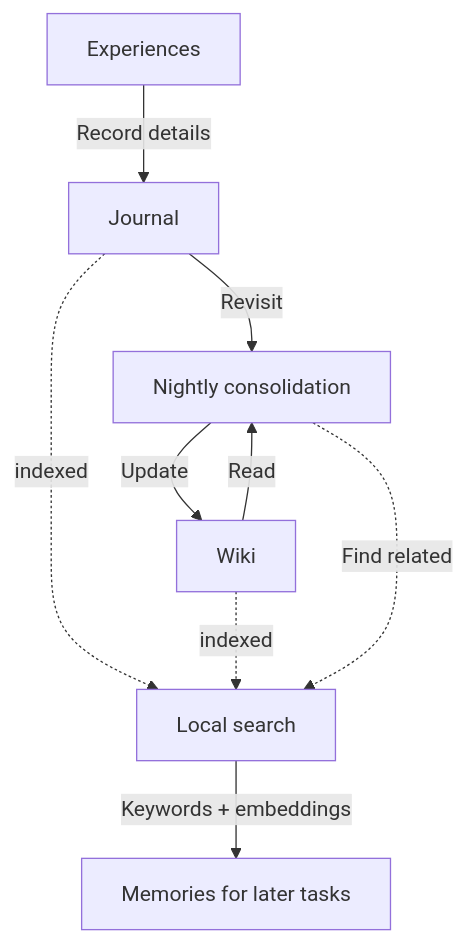
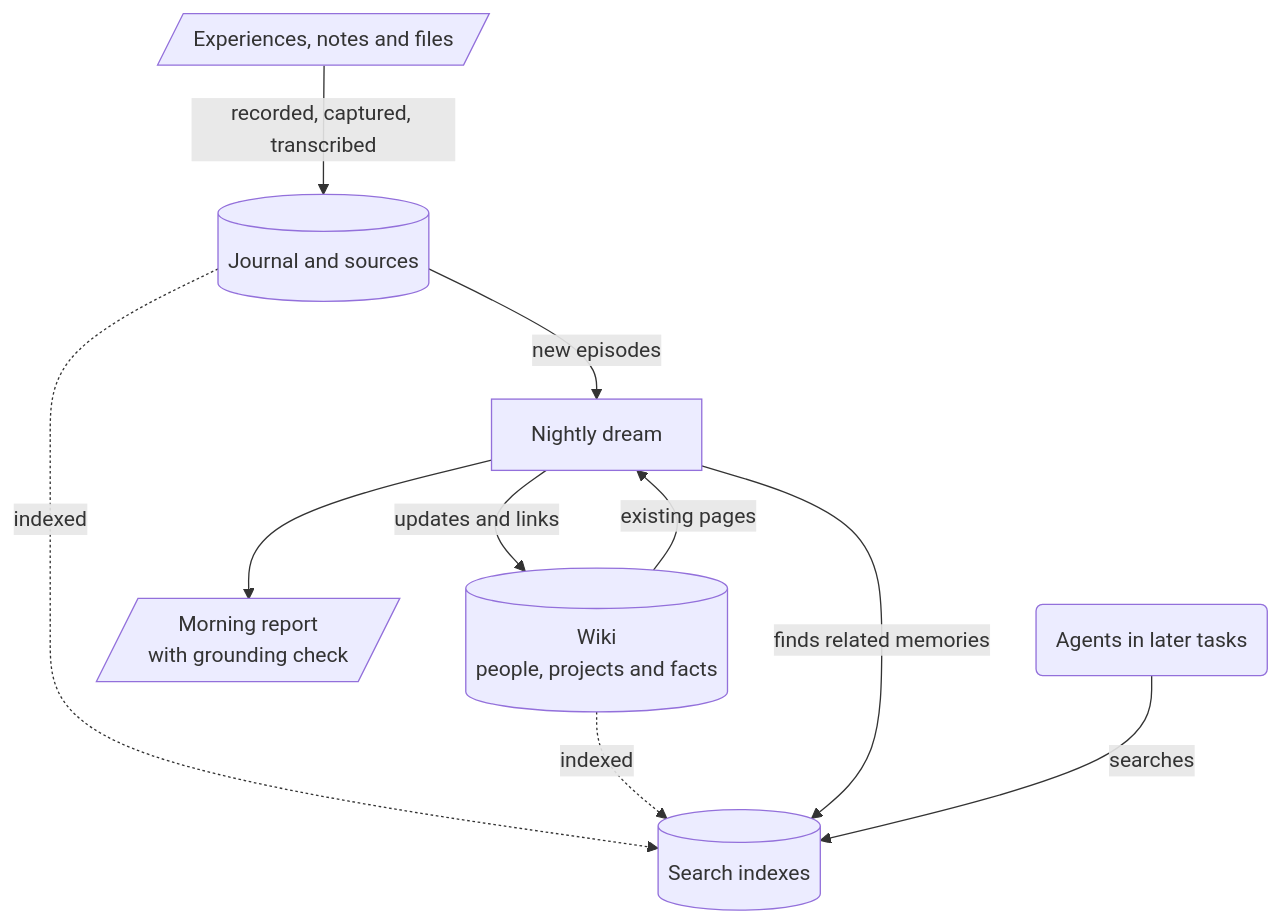
The diagram in content/pieces/a-second-brain-for-my-ai-agents/memory-lifecycle.mmd (danilop/danilop-personal-page), drawn with Mermaid before and after one commit. The commit also changed 30 other files, not shown here.

```diff
--- a/content/pieces/a-second-brain-for-my-ai-agents/memory-lifecycle.mmd
+++ b/content/pieces/a-second-brain-for-my-ai-agents/memory-lifecycle.mmd
@@ -1,15 +1,17 @@
 flowchart TB
-  experiences["Experiences"]
-  journal["Journal"]
-  dreams["Nightly consolidation"]
-  wiki["Wiki"]
-  search["Local search"]
-  recall["Memories for later tasks"]
-  experiences -->|"Record details"| journal
-  journal -->|"Revisit"| dreams
-  wiki -->|"Read"| dreams
-  dreams -->|"Update"| wiki
-  journal -. indexed .-> search
-  wiki -. indexed .-> search
-  dreams -. "Find related" .-> search
-  search -->|"Keywords + embeddings"| recall
+  incoming[/"Experiences, notes and files"/]
+  journal[("Journal and sources")]
+  wiki[("Wiki<br/>people, projects and facts")]
+  dream["Nightly dream"]
+  report[/"Morning report<br/>with grounding check"/]
+  index[("Search indexes")]
+  later("Agents in later tasks")
+  incoming -->|"recorded, captured, transcribed"| journal
+  journal -->|"new episodes"| dream
+  wiki -->|"existing pages"| dream
+  dream -->|"updates and links"| wiki
+  dream --> report
+  journal -.->|"indexed"| index
+  wiki -.->|"indexed"| index
+  dream -->|"finds related memories"| index
+  later -->|"searches"| index
```
